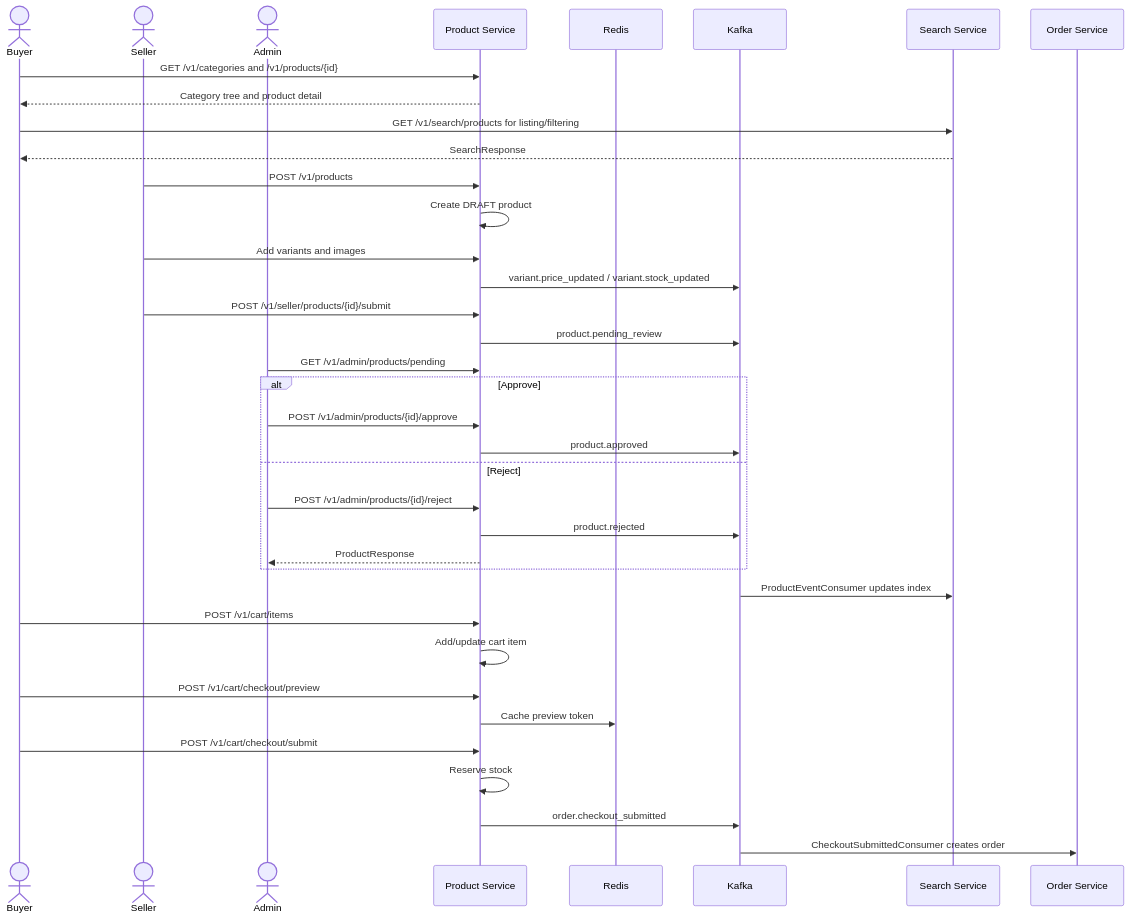
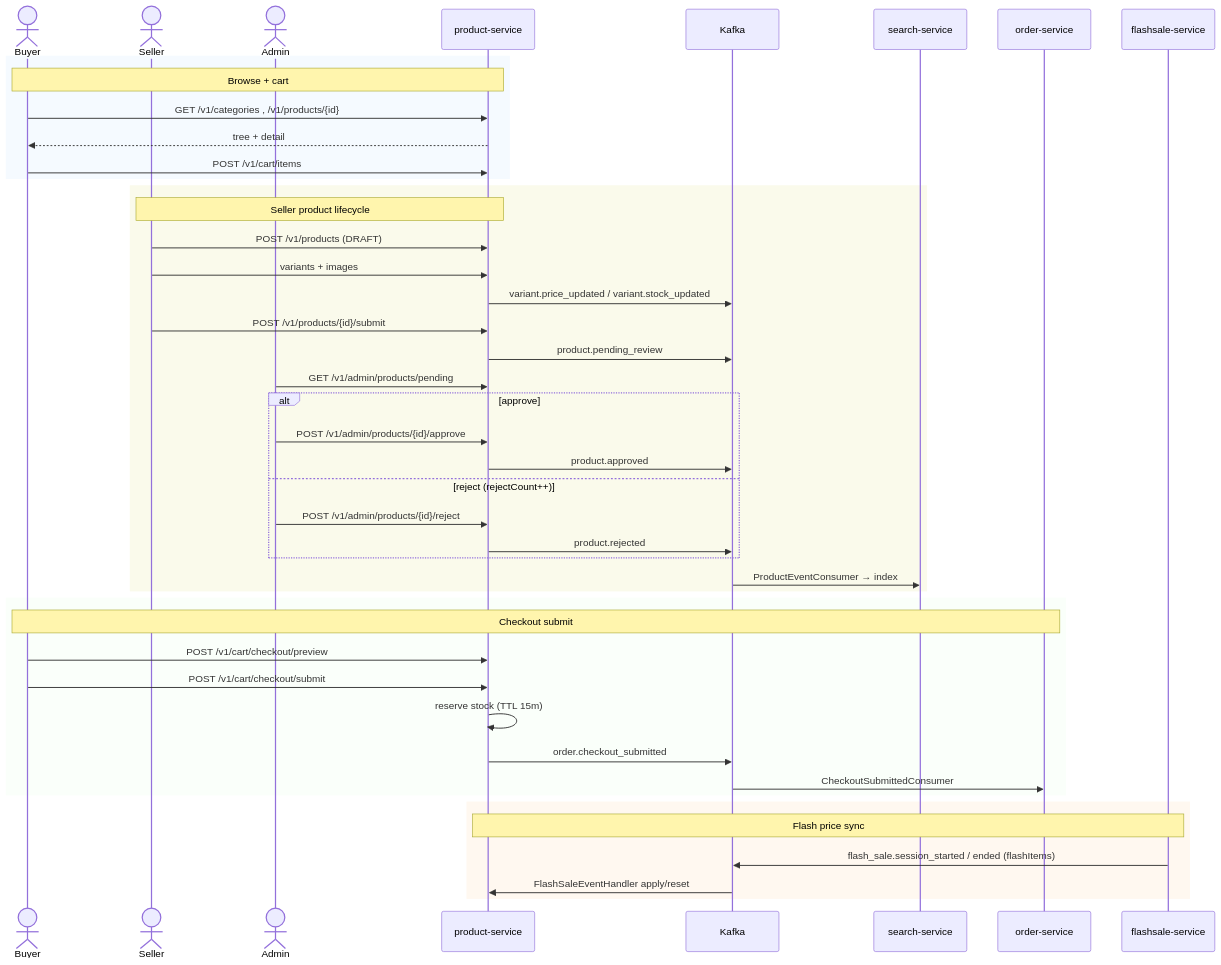
One commit to ldqanh1408/stealing-from-paradise changed the first of 2 diagrams in documents/flows/product-service/flow-product-catalog-cart-review.md. Above: the diagram before and after it, drawn with Mermaid. The commit also changed other lines of this file and 48 other files, not shown here.

First line of the commit message:
Add new product categories and update product seed data

````diff
--- a/documents/flows/product-service/flow-product-catalog-cart-review.md
+++ b/documents/flows/product-service/flow-product-catalog-cart-review.md
@@ -26,43 +47,51 @@
 ```mermaid
 sequenceDiagram
     actor Buyer
     actor Seller
     actor Admin
-    participant Product as Product Service
-    participant Redis as Redis
-    participant Kafka as Kafka
-    participant Search as Search Service
-    participant Order as Order Service
+    participant PR as product-service
+    participant K as Kafka
+    participant SR as search-service
+    participant OR as order-service
+    participant FS as flashsale-service
 
-    Buyer->>Product: GET /v1/categories and /v1/products/{id}
-    Product-->>Buyer: Category tree and product detail
-    Buyer->>Search: GET /v1/search/products for listing/filtering
-    Search-->>Buyer: SearchResponse
+    rect rgb(245,250,255)
+    Note over Buyer,PR: Browse + cart
+    Buyer->>PR: GET /v1/categories , /v1/products/{id}
+    PR-->>Buyer: tree + detail
+    Buyer->>PR: POST /v1/cart/items
+    end
 
-    Seller->>Product: POST /v1/products
-    Product->>Product: Create DRAFT product
-    Seller->>Product: Add variants and images
-    Product->>Kafka: variant.price_updated / variant.stock_updated
-    Seller->>Product: POST /v1/seller/products/{id}/submit
-    Product->>Kafka: product.pending_review
+    rect rgb(250,250,235)
+    Note over Seller,PR: Seller product lifecycle
+    Seller->>PR: POST /v1/products (DRAFT)
+    Seller->>PR: variants + images
+    PR->>K: variant.price_updated / variant.stock_updated
+    Seller->>PR: POST /v1/products/{id}/submit
+    PR->>K: product.pending_review
+    Admin->>PR: GET /v1/admin/products/pending
+    alt approve
+        Admin->>PR: POST /v1/admin/products/{id}/approve
+        PR->>K: product.approved
+    else reject (rejectCount++)
+        Admin->>PR: POST /v1/admin/products/{id}/reject
+        PR->>K: product.rejected
+    end
+    K->>SR: ProductEventConsumer → index
+    end
 
-    Admin->>Product: GET /v1/admin/products/pending
-    alt Approve
-        Admin->>Product: POST /v1/admin/products/{id}/approve
-        Product->>Kafka: product.approved
-    else Reject
-        Admin->>Product: POST /v1/admin/products/{id}/reject
-        Product->>Kafka: product.rejected
-        Product-->>Admin: ProductResponse
+    rect rgb(250,255,250)
+    Note over Buyer,OR: Checkout submit
+    Buyer->>PR: POST /v1/cart/checkout/preview
+    Buyer->>PR: POST /v1/cart/checkout/submit
+    PR->>PR: reserve stock (TTL 15m)
+    PR->>K: order.checkout_submitted
+    K->>OR: CheckoutSubmittedConsumer
     end
-    Kafka->>Search: ProductEventConsumer updates index
 
-    Buyer->>Product: POST /v1/cart/items
-    Product->>Product: Add/update cart item
-    Buyer->>Product: POST /v1/cart/checkout/preview
-    Product->>Redis: Cache preview token
-    Buyer->>Product: POST /v1/cart/checkout/submit
-    Product->>Product: Reserve stock
-    Product->>Kafka: order.checkout_submitted
-    Kafka->>Order: CheckoutSubmittedConsumer creates order
+    rect rgb(255,248,240)
+    Note over FS,PR: Flash price sync
+    FS->>K: flash_sale.session_started / ended (flashItems)
+    K->>PR: FlashSaleEventHandler apply/reset
+    end
 ```
````
